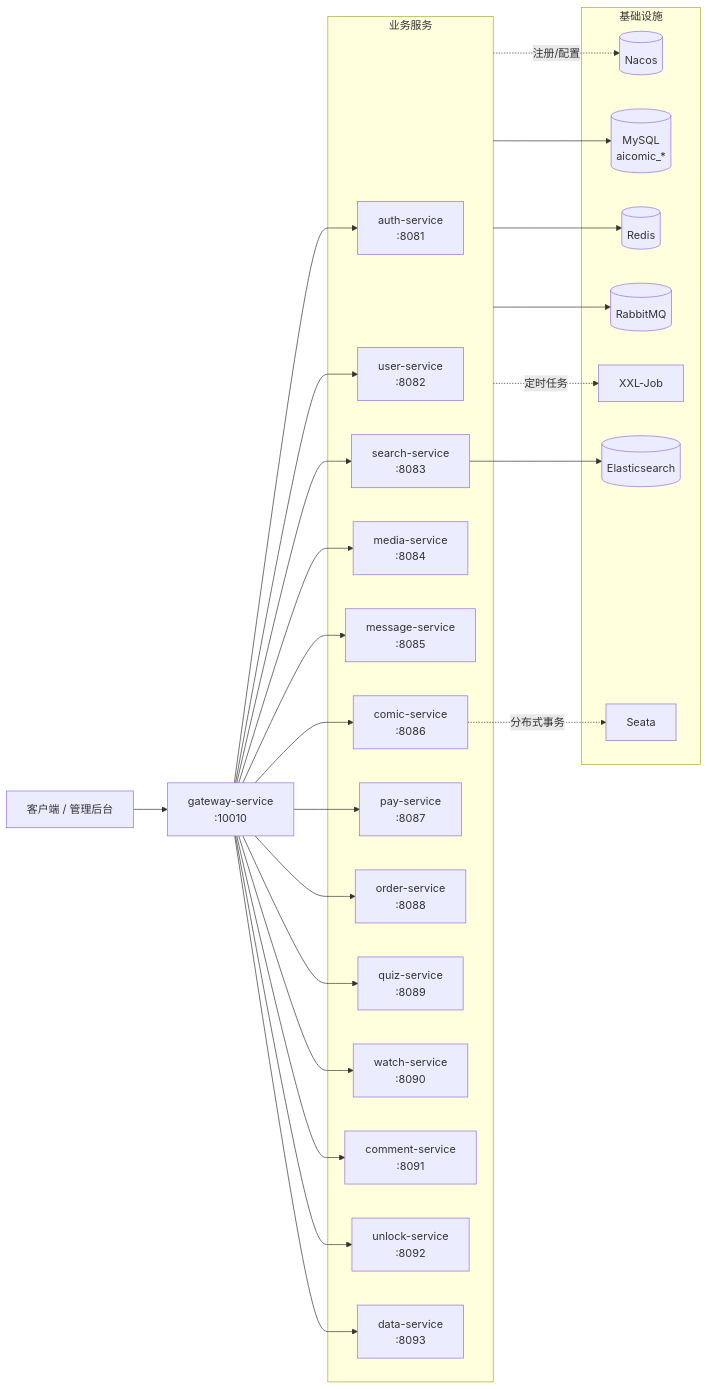
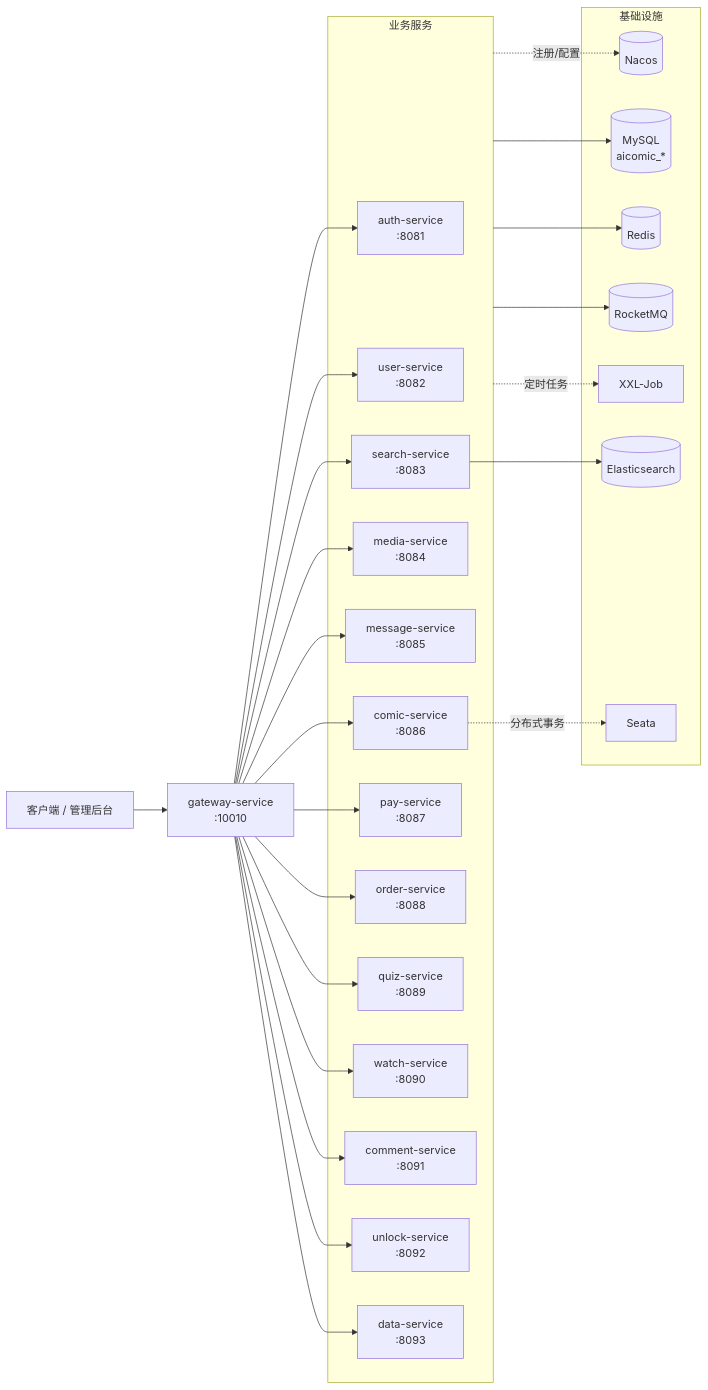
The diagram in README.md (sheepsheep678/AI-comic-drama), drawn with Mermaid before and after one commit. The commit also changed other lines of this file and 50 other files, not shown here.

````diff
--- a/README.md
+++ b/README.md
@@ -90,41 +90,41 @@
 ```mermaid
 flowchart LR
     client[客户端 / 管理后台] --> gateway[gateway-service<br/>:10010]
 
     subgraph 业务服务
         auth[auth-service<br/>:8081]
         user[user-service<br/>:8082]
         search[search-service<br/>:8083]
         media[media-service<br/>:8084]
         message[message-service<br/>:8085]
         comic[comic-service<br/>:8086]
         pay[pay-service<br/>:8087]
         order[order-service<br/>:8088]
         quiz[quiz-service<br/>:8089]
         watch[watch-service<br/>:8090]
         comment[comment-service<br/>:8091]
         unlock[unlock-service<br/>:8092]
         data[data-service<br/>:8093]
     end
 
     gateway --> auth & user & search & media & message
     gateway --> comic & pay & order & quiz & watch & comment & unlock & data
 
     subgraph 基础设施
         nacos[(Nacos)]
         mysql[(MySQL<br/>aicomic_*)]
         redis[(Redis)]
-        mq[(RabbitMQ)]
+        mq[(RocketMQ)]
         es[(Elasticsearch)]
         xxl[XXL-Job]
         seata[Seata]
     end
 
     业务服务 -.注册/配置.-> nacos
     业务服务 --> mysql
     业务服务 --> redis
     业务服务 --> mq
     search --> es
     业务服务 -.定时任务.-> xxl
     comic -.分布式事务.-> seata
 ```
````
